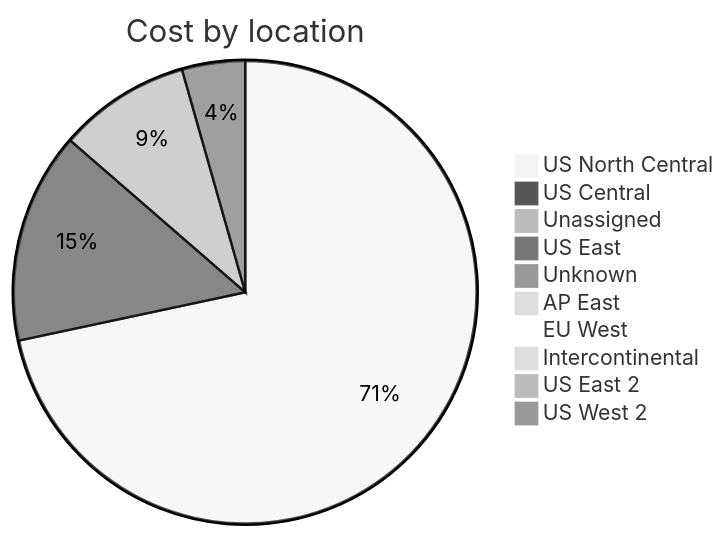
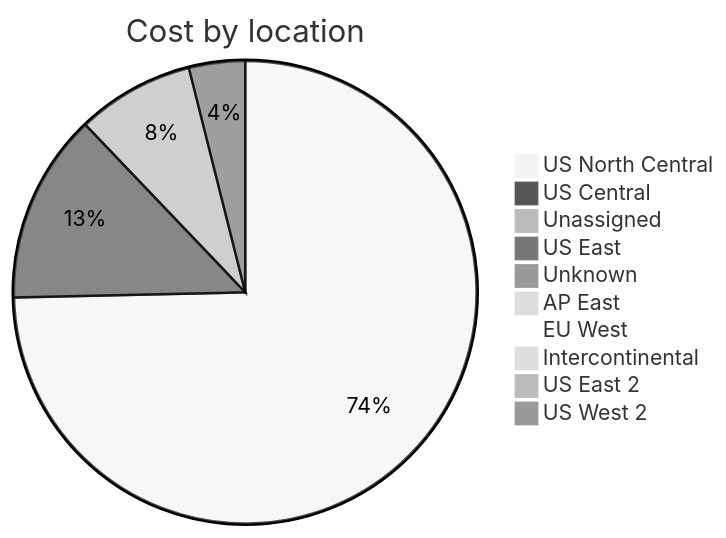
One commit to jpfulton/azure-personal-reports changed the third of 4 diagrams in cost-reports/accumulated-cost.md. Above: the diagram before and after it, drawn with Mermaid (neutral theme). The commit also changed other lines of this file and 33 other files, not shown here.

````diff
--- a/cost-reports/accumulated-cost.md
+++ b/cost-reports/accumulated-cost.md
@@ -132,14 +132,14 @@
 ```mermaid
 pie
    title Cost by location
-   "US North Central" : 89.84
-   "US Central" : 18.46
-   "Unassigned" : 11.57
-   "US East" : 5.52
-   "Unknown" : 0.63
+   "US North Central" : 105.33
+   "US Central" : 18.68
+   "Unassigned" : 11.58
+   "US East" : 5.53
+   "Unknown" : 0.65
    "AP East" : 0.00
    "EU West" : 0.00
    "Intercontinental" : 0.00
    "US East 2" : 0.00
    "US West 2" : 0.00
 ```
````
